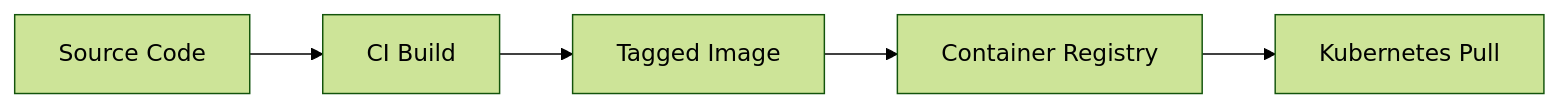
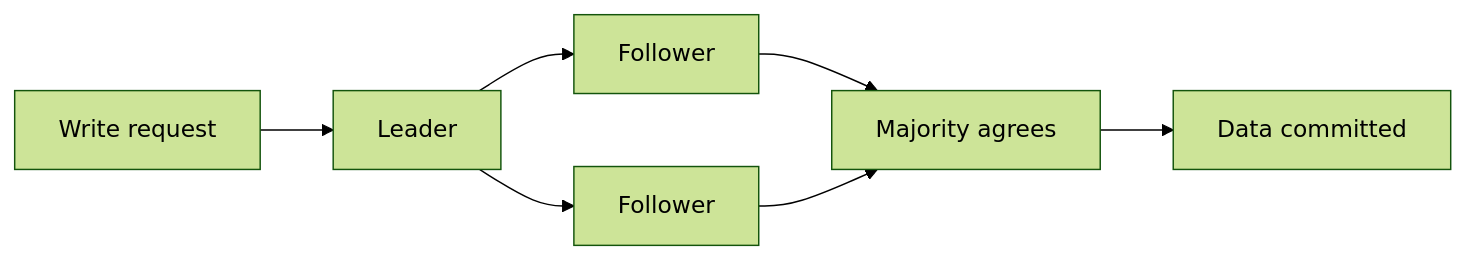
One commit to hareramcse/SystemDesign changed diagram 20 of 24 in 11-cloud-and-kubernetes/README.md. Above: the diagram before and after it, drawn with Mermaid (forest theme). The commit also changed other lines of this file, not shown here.

````diff
--- a/11-cloud-and-kubernetes/README.md
+++ b/11-cloud-and-kubernetes/README.md
@@ -1048,7 +5501,9 @@
 ```mermaid
 flowchart LR
-    Code[Source Code] --> Build[CI Build]
-    Build --> Image[Tagged Image]
-    Image --> Reg[Container Registry]
-    Reg --> K8s[Kubernetes Pull]
+    Write[Write request] --> Leader[Leader]
+    Leader --> F1[Follower]
+    Leader --> F2[Follower]
+    F1 --> Majority[Majority agrees]
+    F2 --> Majority
+    Majority --> Stored[Data committed]
 ```
````
